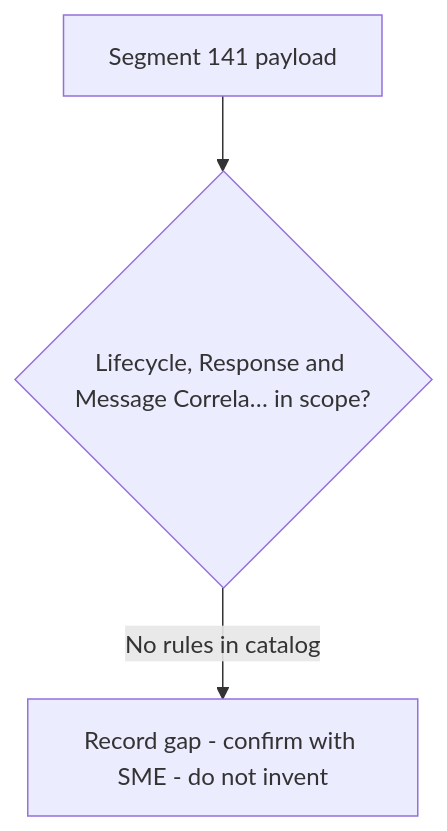
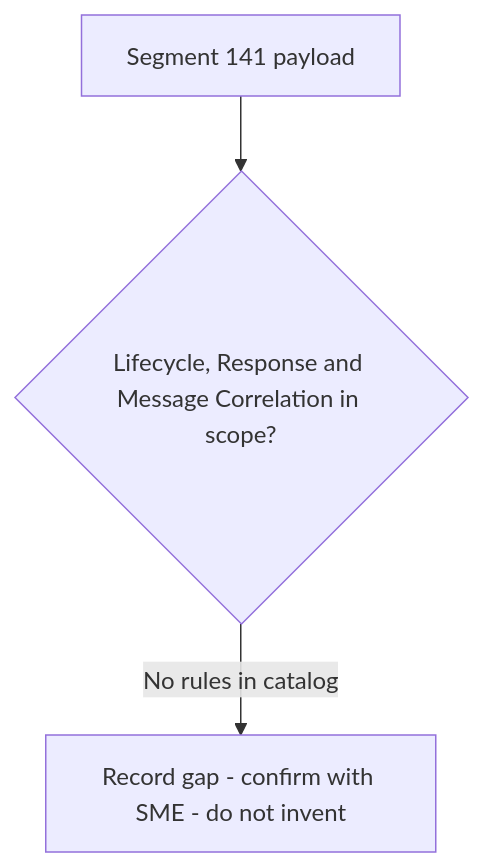
The diagram in regression-artifact-validator/specifications/ATL105/docs/specs/kb/segment-141/lifecycle-response-correlation-flow.md (DhanSingh-hub/core-auth-ai-validation-framework), drawn with Mermaid before and after one commit. The commit also changed 150 other files, not shown here.

````diff
--- a/regression-artifact-validator/specifications/ATL105/docs/specs/kb/segment-141/lifecycle-response-correlation-flow.md
+++ b/regression-artifact-validator/specifications/ATL105/docs/specs/kb/segment-141/lifecycle-response-correlation-flow.md
@@ -3,5 +3,5 @@
 ```mermaid
 flowchart TD
-    A[Segment 141 payload] --> B{Lifecycle, Response and Message Correla… in scope?}
+    A[Segment 141 payload] --> B{Lifecycle, Response and Message Correlation in scope?}
     B -->|No rules in catalog| G[Record gap - confirm with SME - do not invent]
 ```
````
